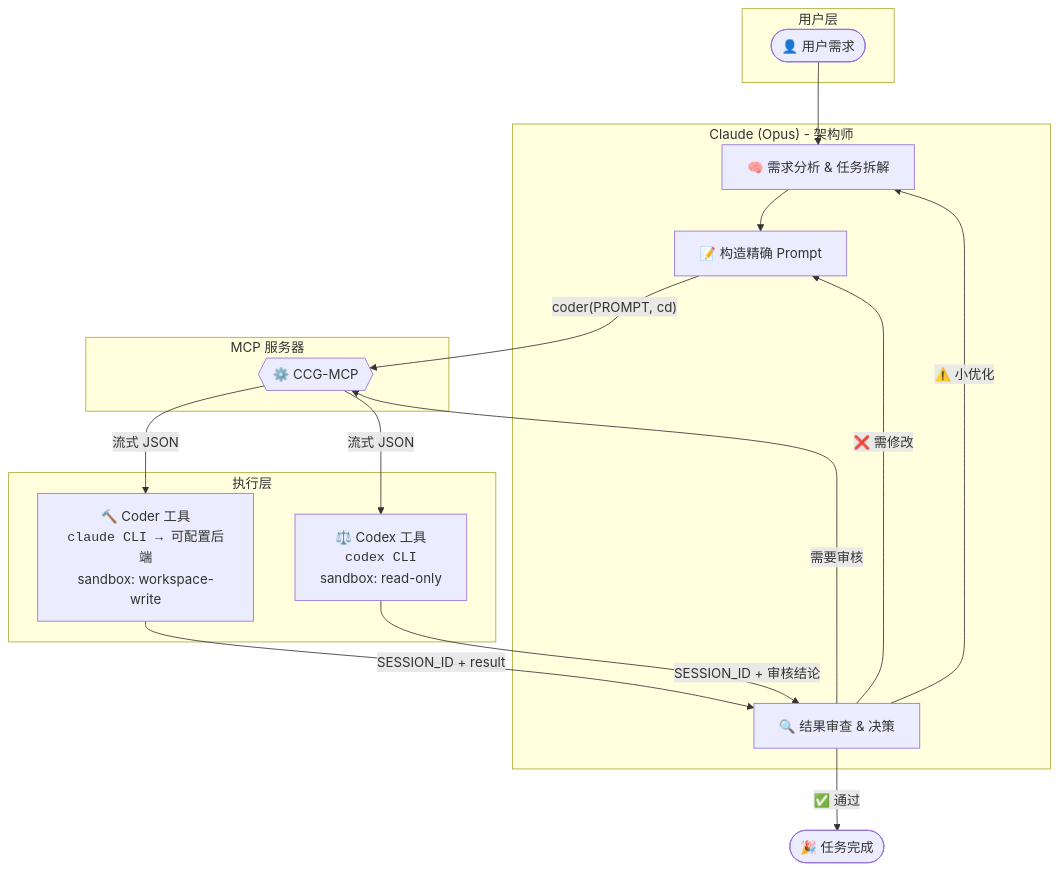
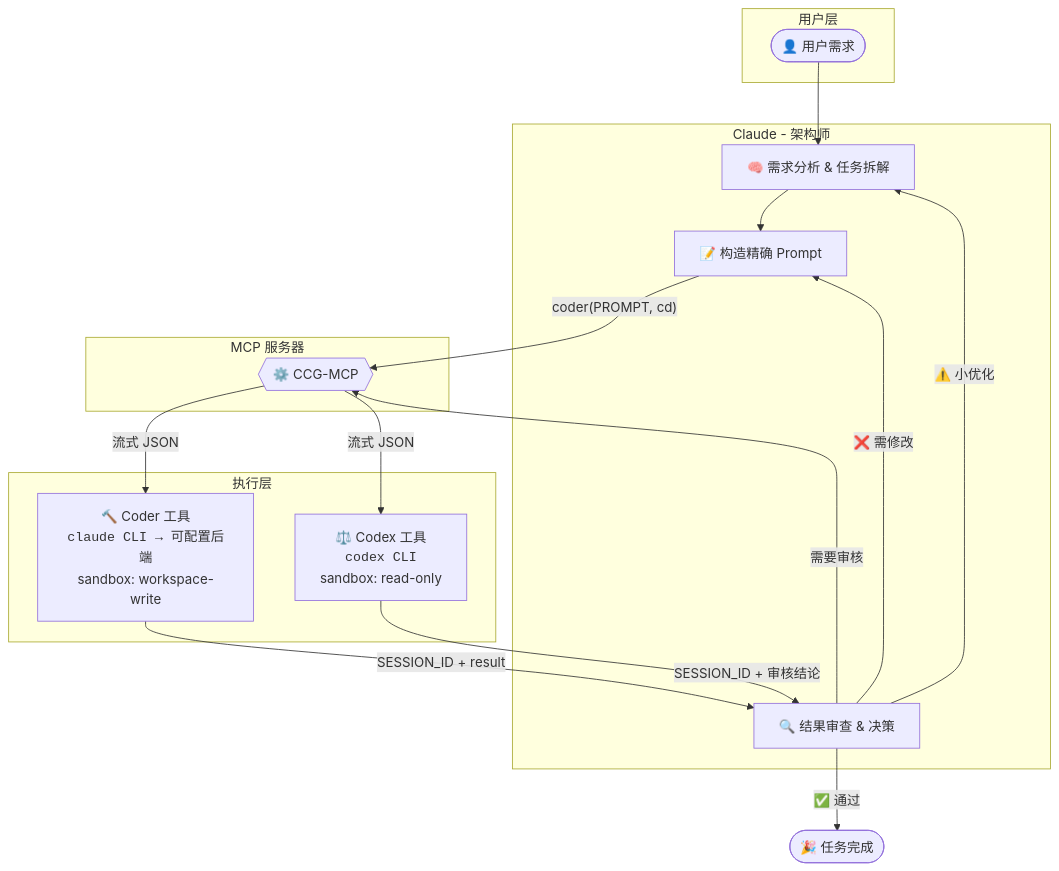
Before and after one commit to FredericMN/Coder-Codex-Gemini: the diagram in README.md, drawn with Mermaid. The commit also changed other lines of this file and 2 other files, not shown here.

First line of the commit message:
docs: 简化 Claude 描述，移除 Opus 版本标识

````diff
--- a/README.md
+++ b/README.md
@@ -49,35 +50,35 @@
 ```mermaid
 flowchart TB
     subgraph UserLayer ["用户层"]
         User(["👤 用户需求"])
     end
 
-    subgraph ClaudeLayer ["Claude (Opus) - 架构师"]
+    subgraph ClaudeLayer ["Claude - 架构师"]
         Claude["🧠 需求分析 & 任务拆解"]
         Prompt["📝 构造精确 Prompt"]
         Review["🔍 结果审查 & 决策"]
     end
 
     subgraph MCPLayer ["MCP 服务器"]
         MCP{{"⚙️ CCG-MCP"}}
     end
 
     subgraph ToolLayer ["执行层"]
         Coder["🔨 Coder 工具<br><code>claude CLI → 可配置后端</code><br>sandbox: workspace-write"]
         Codex["⚖️ Codex 工具<br><code>codex CLI</code><br>sandbox: read-only"]
     end
 
     User --> Claude
     Claude --> Prompt
     Prompt -->|"coder(PROMPT, cd)"| MCP
     MCP -->|"流式 JSON"| Coder
     Coder -->|"SESSION_ID + result"| Review
 
     Review -->|"需要审核"| MCP
     MCP -->|"流式 JSON"| Codex
     Codex -->|"SESSION_ID + 审核结论"| Review
 
     Review -->|"✅ 通过"| Done(["🎉 任务完成"])
     Review -->|"❌ 需修改"| Prompt
     Review -->|"⚠️ 小优化"| Claude
 ```
````
